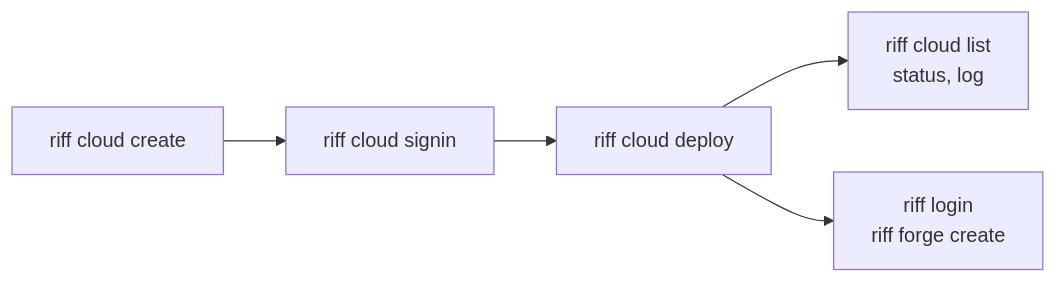
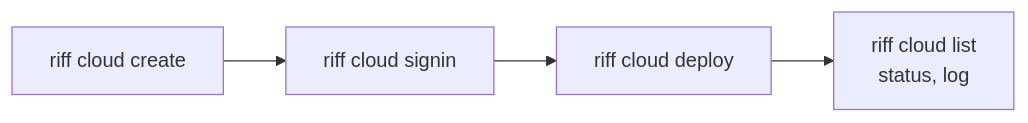
Before and after one commit to como-technologies/riff: the second of 3 diagrams in docs/src/start-a-team-riff.md, drawn with Mermaid. The commit also changed other lines of this file and 161 other files, not shown here.

````diff
--- a/docs/src/start-a-team-riff.md
+++ b/docs/src/start-a-team-riff.md
@@ -86,7 +86,6 @@
 ```mermaid
 flowchart LR
     C["riff cloud create"] --> S["riff cloud signin"]
     S --> D["riff cloud deploy"]
     D --> L["riff cloud list<br/>status, log"]
-    D --> F["riff login<br/>riff forge create"]
 ```
````
